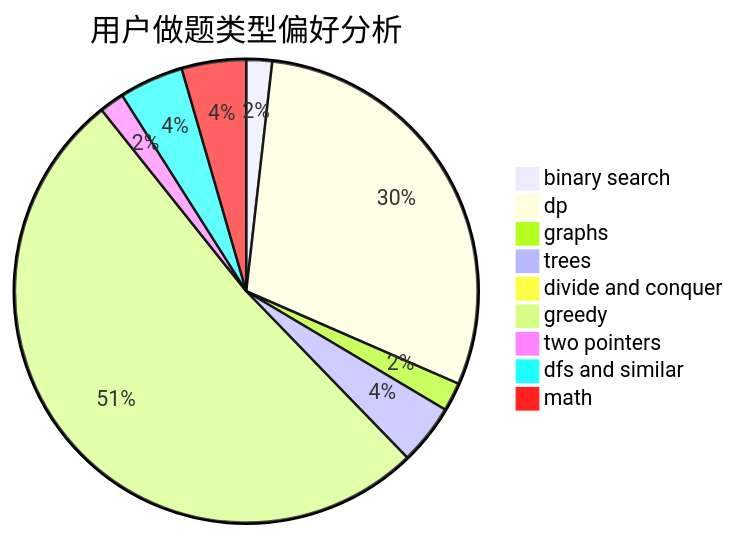
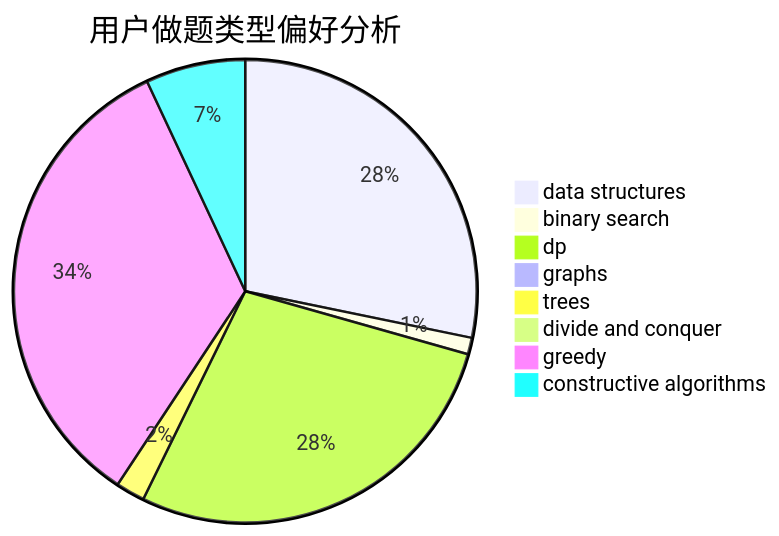
Before and after one commit to sherpahu/cfrs.github.io: the second of 3 diagrams in docs/user/u1906.md, drawn with Mermaid. The commit also changed other lines of this file and 2775 other files, not shown here.

````diff
--- a/docs/user/u1906.md
+++ b/docs/user/u1906.md
@@ -23,12 +23,11 @@
 ```mermaid
 pie title 用户做题类型偏好分析
-    "binary search" :  26
-    "dp" :  430
-    "graphs" :  29
-    "trees" :  61
-    "divide and conquer" :  5
-    "greedy" :  745
-    "two pointers" :  25
-    "dfs and similar" :  65
-    "math" :  65
+    "data structures" :  389
+    "binary search" :  16
+    "dp" :  384
+    "graphs" :  7
+    "trees" :  28
+    "divide and conquer" :  0
+    "greedy" :  465
+    "constructive algorithms" :  96
 ```
````
